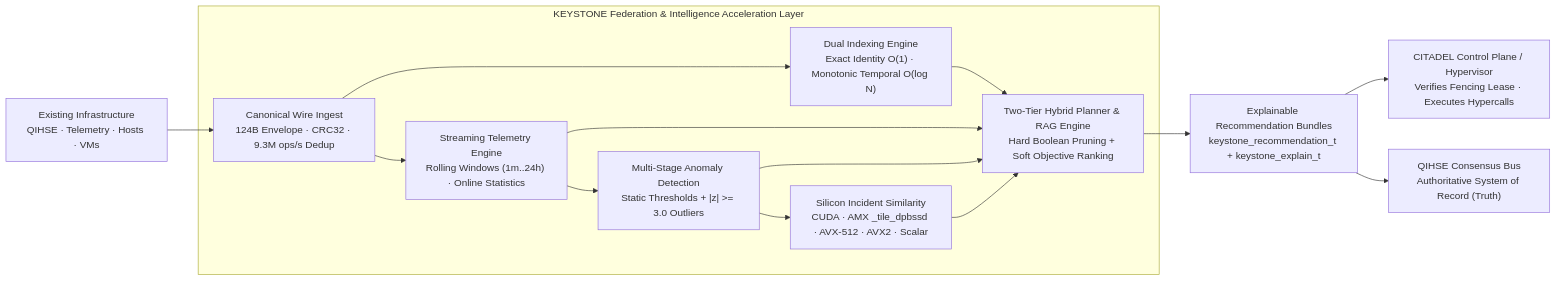
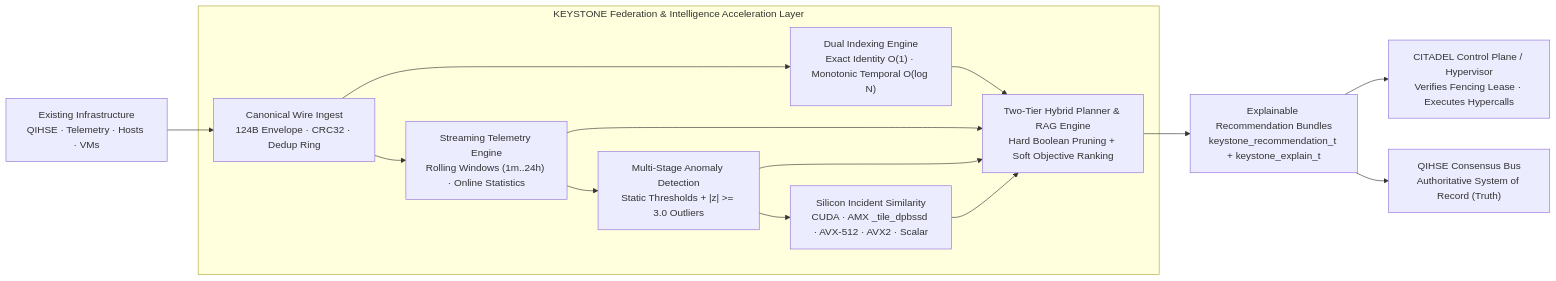
One commit to SWORDIntel/KEYSTONE changed the diagram in README.md. Above: the diagram before and after it, drawn with Mermaid. The commit also changed other lines of this file and 4 other files, not shown here.

````diff
--- a/README.md
+++ b/README.md
@@ -73,16 +73,16 @@
 ```mermaid
 flowchart LR
     A["Existing Infrastructure\nQIHSE · Telemetry · Hosts · VMs"] --> I
 
     subgraph KS["KEYSTONE Federation & Intelligence Acceleration Layer"]
-        I["Canonical Wire Ingest\n124B Envelope · CRC32 · 9.3M ops/s Dedup"] --> IDX["Dual Indexing Engine\nExact Identity O(1) · Monotonic Temporal O(log N)"]
+        I["Canonical Wire Ingest\n124B Envelope · CRC32 · Dedup Ring"] --> IDX["Dual Indexing Engine\nExact Identity O(1) · Monotonic Temporal O(log N)"]
         I --> TEL["Streaming Telemetry Engine\nRolling Windows (1m..24h) · Online Statistics"]
         TEL --> ANOM["Multi-Stage Anomaly Detection\nStatic Thresholds + |z| >= 3.0 Outliers"]
         ANOM --> VEC["Silicon Incident Similarity\nCUDA · AMX _tile_dpbssd · AVX-512 · AVX2 · Scalar"]
         IDX & TEL & ANOM & VEC --> PLAN["Two-Tier Hybrid Planner & RAG Engine\nHard Boolean Pruning + Soft Objective Ranking"]
     end
 
     PLAN --> REC["Explainable Recommendation Bundles\nkeystone_recommendation_t + keystone_explain_t"]
     REC --> CITADEL["CITADEL Control Plane / Hypervisor\nVerifies Fencing Lease · Executes Hypercalls"]
     REC --> QIHSE["QIHSE Consensus Bus\nAuthoritative System of Record (Truth)"]
 ```
````
